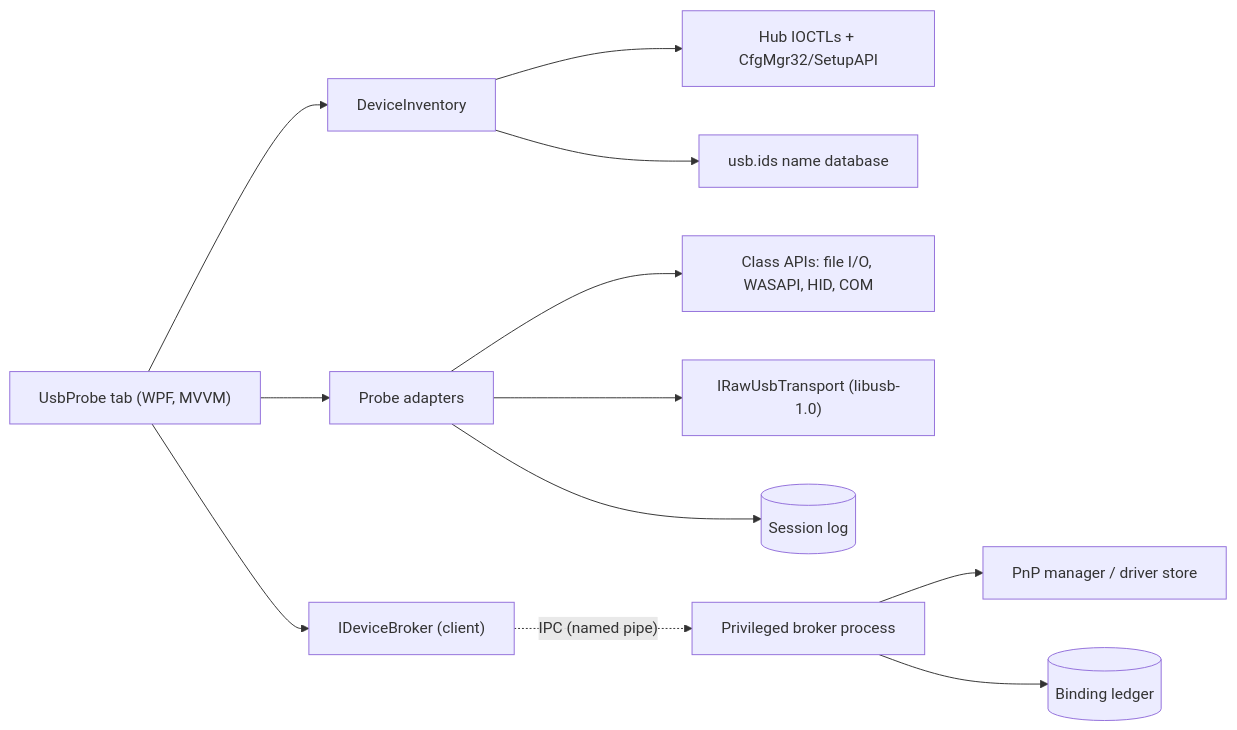
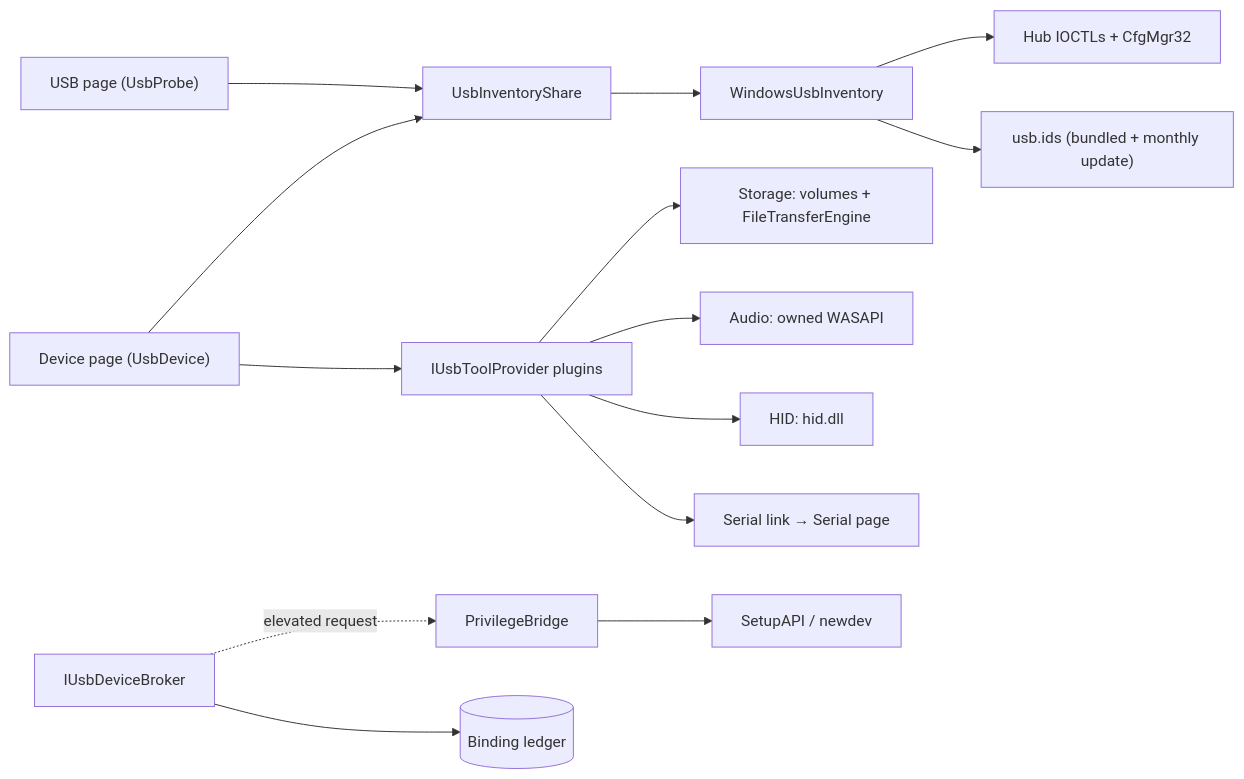
One commit to smile-forge/nexaflow changed the first of 2 diagrams in docs/usb-probe-spec.md. Above: the diagram before and after it, drawn with Mermaid. The commit also changed other lines of this file and 162 other files, not shown here.

First line of the commit message:
USB page and per-device live tools, as a base to build on

````diff
--- a/docs/usb-probe-spec.md
+++ b/docs/usb-probe-spec.md
@@ -61,14 +76,16 @@
 ```mermaid
 flowchart LR
-    UI["UsbProbe tab (WPF, MVVM)"] --> INV["DeviceInventory"]
-    UI --> ADP["Probe adapters"]
-    UI --> BRK["IDeviceBroker (client)"]
-    INV --> HUB["Hub IOCTLs + CfgMgr32/SetupAPI"]
-    INV --> IDS["usb.ids name database"]
-    ADP --> CLS["Class APIs: file I/O, WASAPI, HID, COM"]
-    ADP --> RAW["IRawUsbTransport (libusb-1.0)"]
-    BRK -. "IPC (named pipe)" .-> SVC["Privileged broker process"]
-    SVC --> PNP["PnP manager / driver store"]
-    SVC --> LED[("Binding ledger")]
-    ADP --> LOG[("Session log")]
+    PAGE["USB page (UsbProbe)"] --> SHARE["UsbInventoryShare"]
+    DEV["Device page (UsbDevice)"] --> SHARE
+    SHARE --> INV["WindowsUsbInventory"]
+    INV --> HUB["Hub IOCTLs + CfgMgr32"]
+    INV --> IDS["usb.ids (bundled + monthly update)"]
+    DEV --> TOOLS["IUsbToolProvider plugins"]
+    TOOLS --> STO["Storage: volumes + FileTransferEngine"]
+    TOOLS --> AUD["Audio: owned WASAPI"]
+    TOOLS --> HID["HID: hid.dll"]
+    TOOLS --> SER["Serial link → Serial page"]
+    BRK["IUsbDeviceBroker"] -. "elevated request" .-> BRIDGE["PrivilegeBridge"]
+    BRIDGE --> PNP["SetupAPI / newdev"]
+    BRK --> LED[("Binding ledger")]
 ```
````
